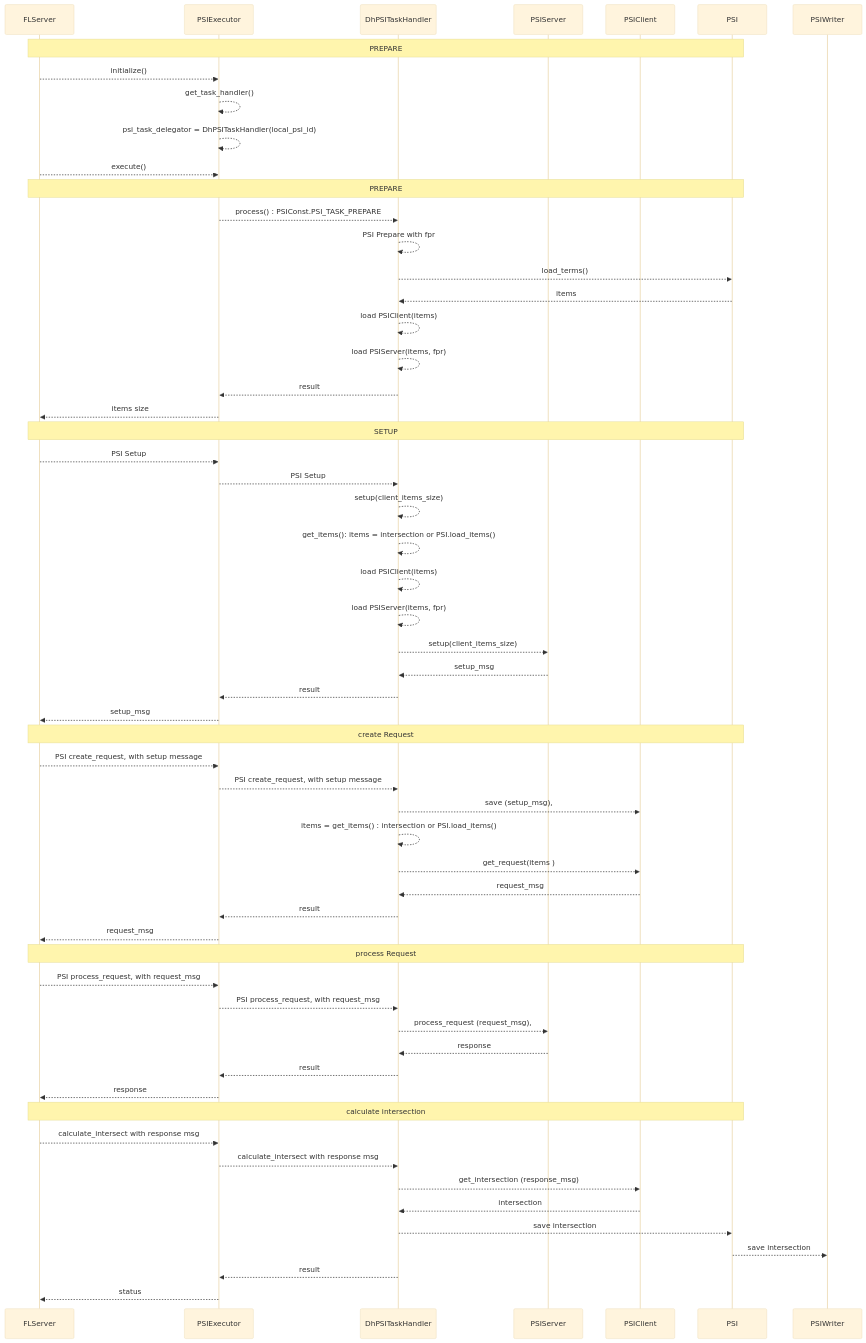
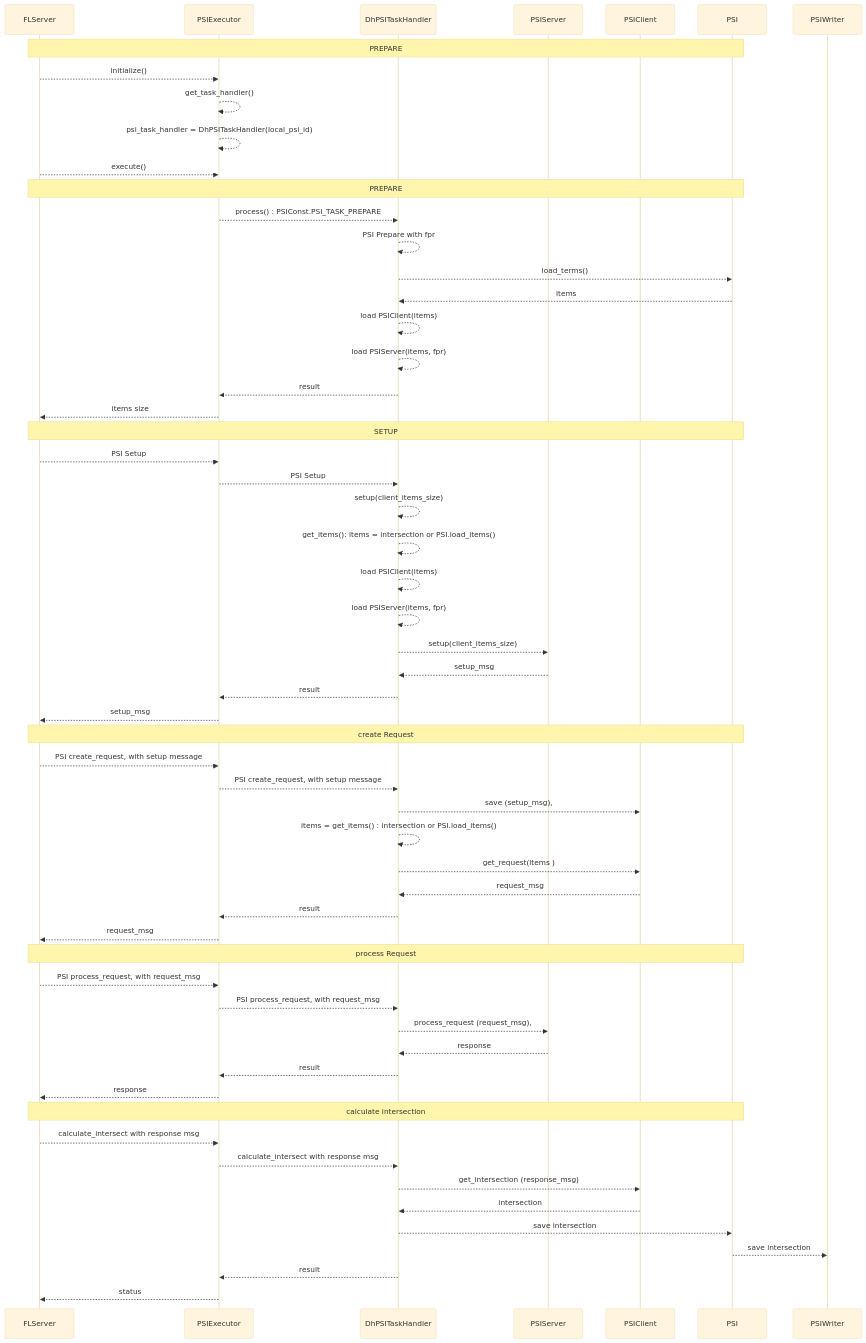
One commit to NVIDIA/NVFlare changed the second of 2 diagrams in nvflare/app_common/psi/README.md. Above: the diagram before and after it, drawn with Mermaid (base theme).

````diff
--- a/nvflare/app_common/psi/README.md
+++ b/nvflare/app_common/psi/README.md
@@ -77,69 +77,69 @@
 ```mermaid
  
 sequenceDiagram
 
     participant FLServer
     participant PSIExecutor
     participant DhPSITaskHandler
     participant PSIServer
     participant PSIClient
     participant PSI
     participant PSIWriter
     
     Note over FLServer, PSI : PREPARE 
     FLServer -->> PSIExecutor: initialize()
     PSIExecutor -->> PSIExecutor: get_task_handler()
-    PSIExecutor -->> PSIExecutor: psi_task_delegator = DhPSITaskHandler(local_psi_id)
+    PSIExecutor -->> PSIExecutor: psi_task_handler = DhPSITaskHandler(local_psi_id)
     FLServer -->> PSIExecutor: execute()
         
     Note over FLServer, PSI : PREPARE
     PSIExecutor -->> DhPSITaskHandler: process() : PSIConst.PSI_TASK_PREPARE
     DhPSITaskHandler -->> DhPSITaskHandler : PSI Prepare with fpr
     DhPSITaskHandler -->> PSI : load_terms()
     PSI -->> DhPSITaskHandler: items
     DhPSITaskHandler -->> DhPSITaskHandler: load PSIClient(items)
     DhPSITaskHandler -->> DhPSITaskHandler: load PSIServer(items, fpr)
     DhPSITaskHandler -->> PSIExecutor: result
     PSIExecutor -->> FLServer : items size
     
     Note over FLServer, PSI : SETUP
     FLServer -->> PSIExecutor : PSI Setup
     PSIExecutor -->> DhPSITaskHandler:   PSI Setup
     DhPSITaskHandler -->> DhPSITaskHandler: setup(client_items_size)
     DhPSITaskHandler -->> DhPSITaskHandler : get_items(): items = intersection or PSI.load_items() 
     DhPSITaskHandler -->> DhPSITaskHandler: load PSIClient(items)
     DhPSITaskHandler -->> DhPSITaskHandler: load PSIServer(items, fpr)
     DhPSITaskHandler -->> PSIServer: setup(client_items_size)
     PSIServer -->> DhPSITaskHandler: setup_msg
     DhPSITaskHandler -->> PSIExecutor: result
     PSIExecutor -->> FLServer: setup_msg
     
     Note over FLServer, PSI : create Request
     FLServer -->> PSIExecutor :  PSI create_request, with setup message
     PSIExecutor -->> DhPSITaskHandler:  PSI create_request, with setup message
     DhPSITaskHandler -->> PSIClient: save (setup_msg), 
     DhPSITaskHandler -->> DhPSITaskHandler : items = get_items() : intersection or PSI.load_items()
     DhPSITaskHandler -->> PSIClient : get_request(items )
     PSIClient -->> DhPSITaskHandler : request_msg
     DhPSITaskHandler -->> PSIExecutor: result
     PSIExecutor -->> FLServer:request_msg
  
     Note over FLServer, PSI : process Request
     FLServer -->> PSIExecutor : PSI process_request, with request_msg
     PSIExecutor -->> DhPSITaskHandler : PSI process_request, with request_msg
     DhPSITaskHandler -->> PSIServer: process_request (request_msg), 
     PSIServer -->> DhPSITaskHandler : response
     DhPSITaskHandler -->> PSIExecutor: result
     PSIExecutor -->> FLServer : response
  
     Note over FLServer, PSI : calculate intersection
     FLServer -->> PSIExecutor : calculate_intersect with response msg
     PSIExecutor -->> DhPSITaskHandler : calculate_intersect with response msg
     DhPSITaskHandler -->> PSIClient: get_intersection (response_msg) 
     PSIClient -->> DhPSITaskHandler : intersection
     DhPSITaskHandler -->> PSI : save intersection
     PSI -->> PSIWriter : save intersection
     DhPSITaskHandler -->> PSIExecutor: result
     PSIExecutor -->> FLServer : status
     
 ```
````
